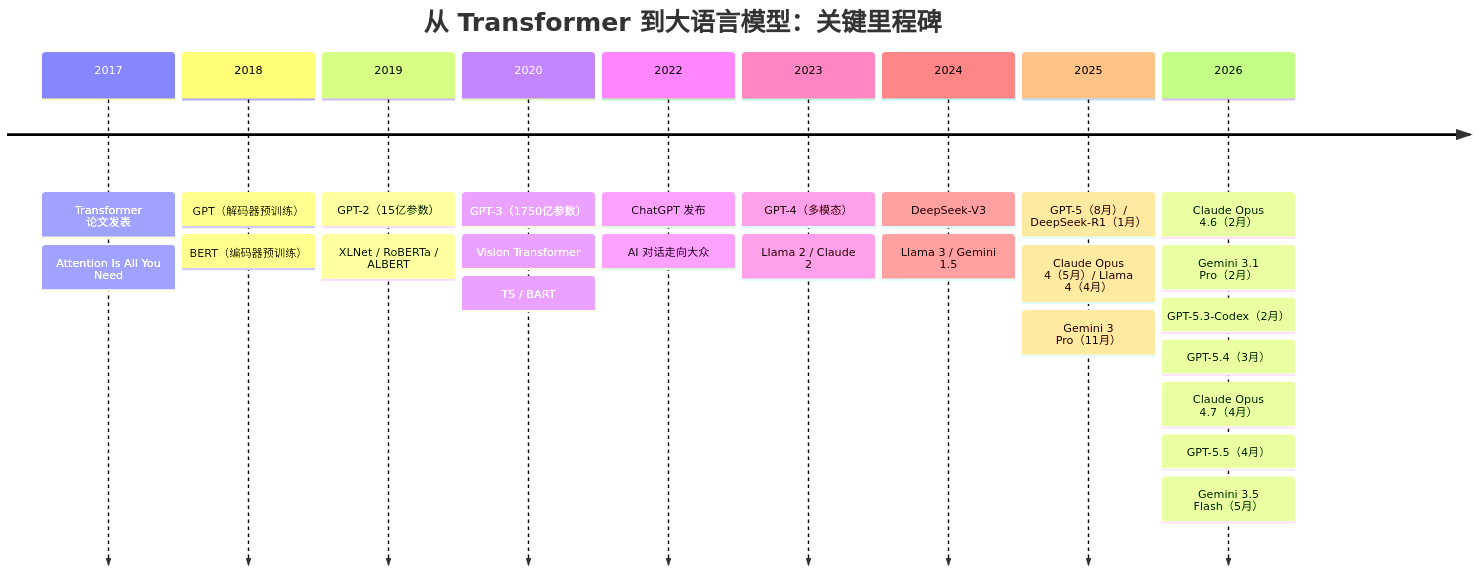
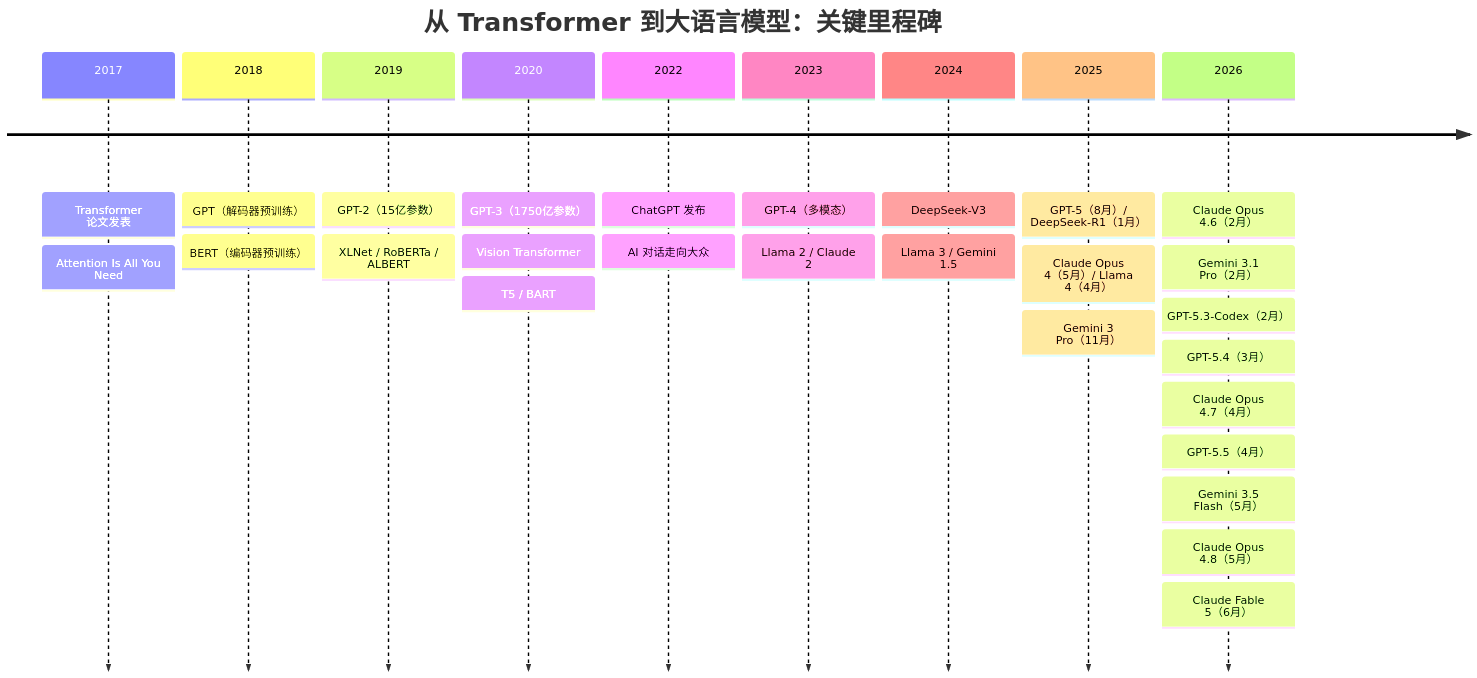
The diagram in 01_introduction/1.5_milestones.md (yeasy/llm_internals), drawn with Mermaid before and after one commit. The commit also changed other lines of this file and 4 other files, not shown here.

````diff
--- a/01_introduction/1.5_milestones.md
+++ b/01_introduction/1.5_milestones.md
@@ -5,29 +5,31 @@
 ```mermaid
 timeline
     title 从 Transformer 到大语言模型：关键里程碑
     2017 : Transformer 论文发表
          : Attention Is All You Need
     2018 : GPT（解码器预训练）
          : BERT（编码器预训练）
     2019 : GPT-2（15亿参数）
          : XLNet / RoBERTa / ALBERT
     2020 : GPT-3（1750亿参数）
          : Vision Transformer
          : T5 / BART
     2022 : ChatGPT 发布
          : AI 对话走向大众
     2023 : GPT-4（多模态）
          : Llama 2 / Claude 2
     2024 : DeepSeek-V3
          : Llama 3 / Gemini 1.5
     2025 : GPT-5（8月）/ DeepSeek-R1（1月）
          : Claude Opus 4（5月）/ Llama 4（4月）
          : Gemini 3 Pro（11月）
     2026 : Claude Opus 4.6（2月）
          : Gemini 3.1 Pro（2月）
          : GPT-5.3-Codex（2月）
          : GPT-5.4（3月）
          : Claude Opus 4.7（4月）
          : GPT-5.5（4月）
          : Gemini 3.5 Flash（5月）
+         : Claude Opus 4.8（5月）
+         : Claude Fable 5（6月）
 ```
````
